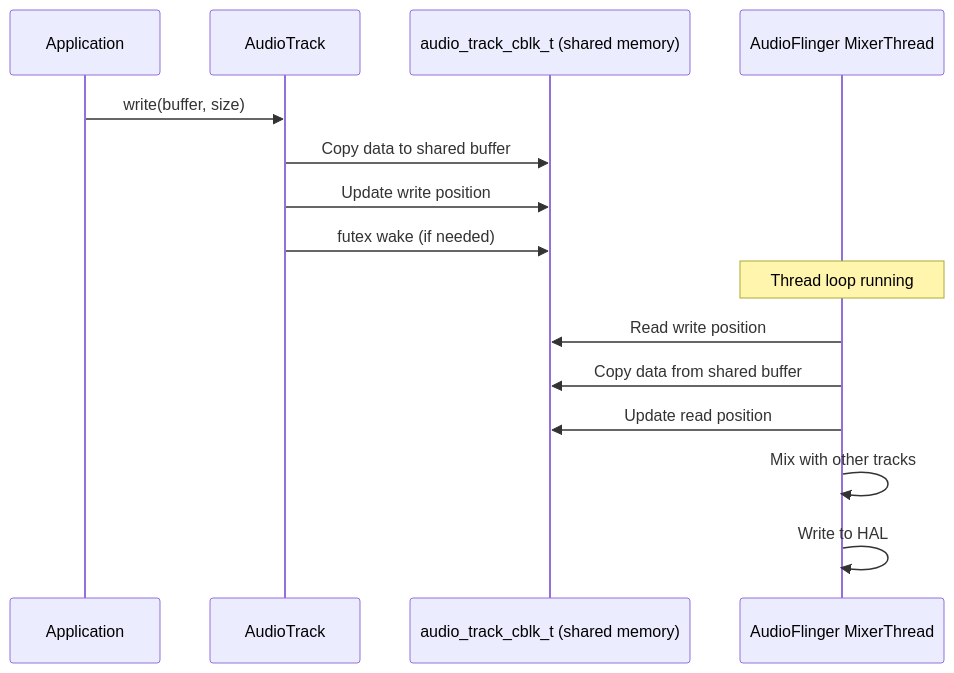
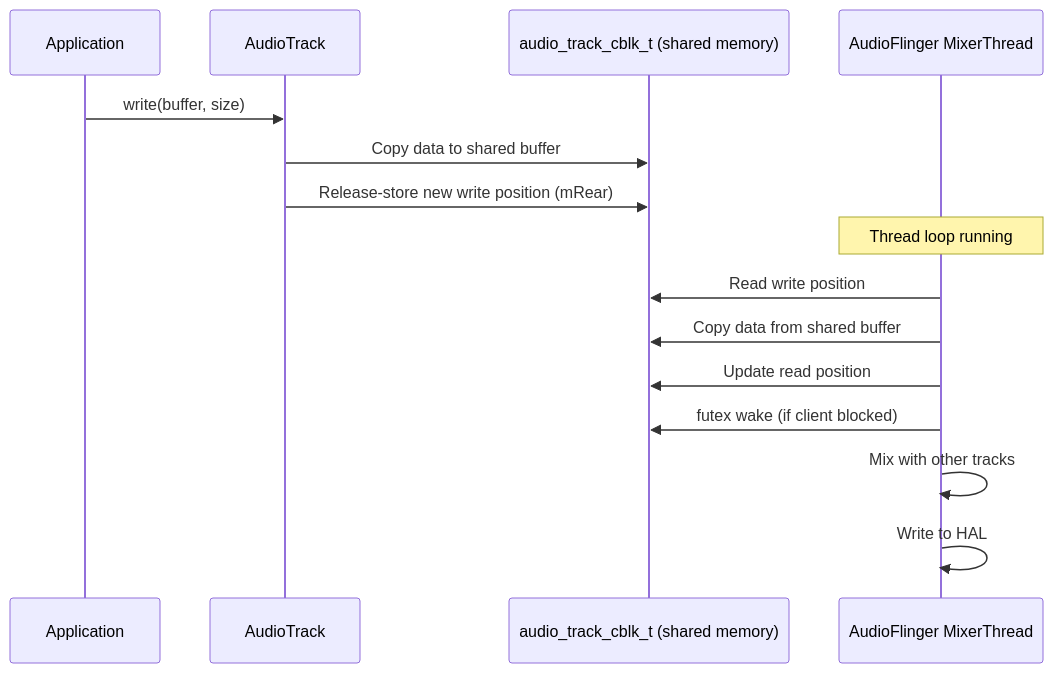
One commit to aospbooks/aosp-internal-book changed diagram 23 of 26 in 15-audio-system.md. Above: the diagram before and after it, drawn with Mermaid. The commit also changed other lines of this file and 218 other files, not shown here.

````diff
--- a/15-audio-system.md
+++ b/15-audio-system.md
@@ -4239,19 +4312,19 @@
 ```mermaid
 sequenceDiagram
     participant App as Application
     participant AT as AudioTrack
     participant Cblk as audio_track_cblk_t (shared memory)
     participant AF as AudioFlinger MixerThread
 
     App->>AT: write(buffer, size)
     AT->>Cblk: Copy data to shared buffer
-    AT->>Cblk: Update write position
-    AT->>Cblk: futex wake (if needed)
+    AT->>Cblk: Release-store new write position (mRear)
 
     Note over AF: Thread loop running
     AF->>Cblk: Read write position
     AF->>Cblk: Copy data from shared buffer
     AF->>Cblk: Update read position
+    AF->>Cblk: futex wake (if client blocked)
     AF->>AF: Mix with other tracks
     AF->>AF: Write to HAL
 ```
````
